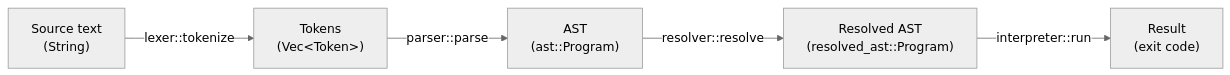
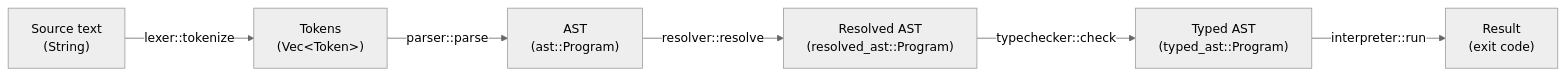
Before and after one commit to damienBloch/qlc: the first of 2 diagrams in docs/architecture.md, drawn with Mermaid (neutral theme). The commit also changed other lines of this file and 6 other files, not shown here.

Commit message:
Refactor architecture to include typed AST and update interpreter flow

````diff
--- a/docs/architecture.md
+++ b/docs/architecture.md
@@ -11,13 +11,15 @@
 ```mermaid
 flowchart LR
     source["Source text<br/>(String)"]
     tokens["Tokens<br/>(Vec&lt;Token&gt;)"]
     ast["AST<br/>(ast::Program)"]
     rast["Resolved AST<br/>(resolved_ast::Program)"]
+    tast["Typed AST<br/>(typed_ast::Program)"]
     result["Result<br/>(exit code)"]
 
     source -- "lexer::tokenize" --> tokens
     tokens -- "parser::parse" --> ast
     ast -- "resolver::resolve" --> rast
-    rast -- "interpreter::run" --> result
+    rast -- "typechecker::check" --> tast
+    tast -- "interpreter::run" --> result
 ```
````
